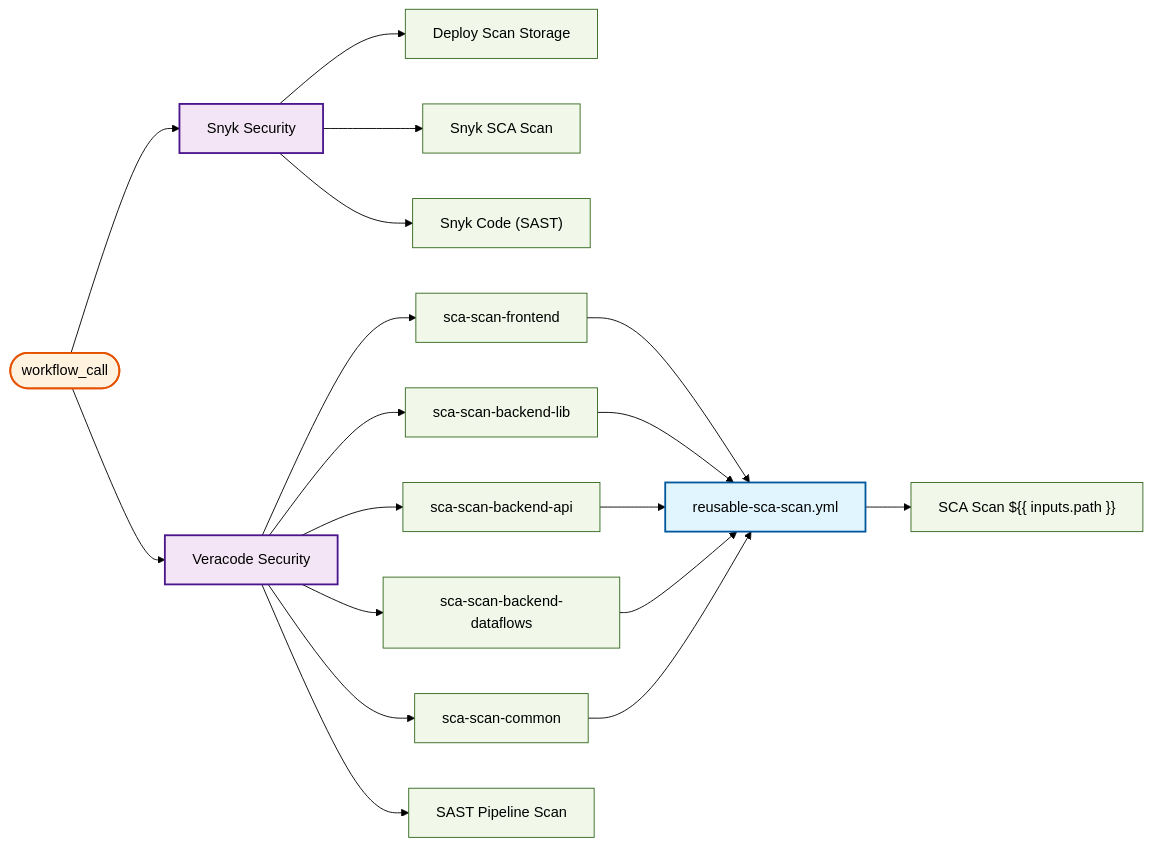
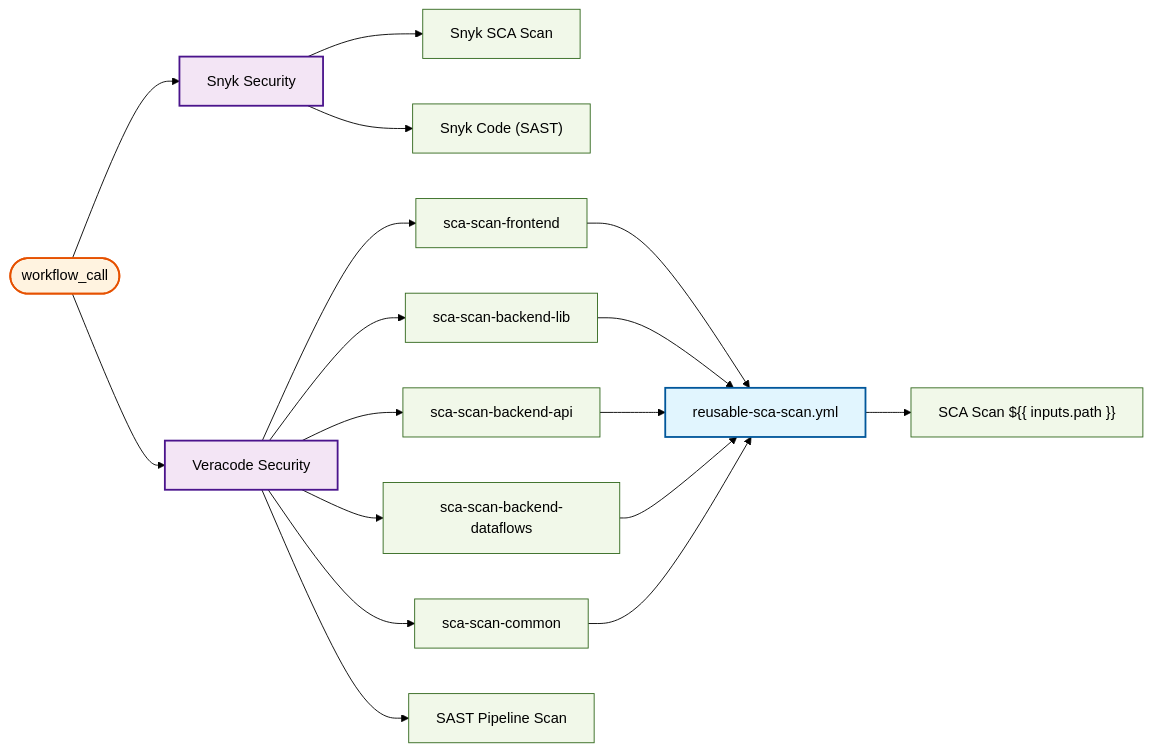
Before and after one commit to US-Trustee-Program/Bankruptcy-Oversight-Support-Systems: the tenth of 23 diagrams in docs/operations/workflow-diagram.md, drawn with Mermaid (forest theme). The commit also changed other lines of this file and 2 other files, not shown here.

First line of the commit message:
Extract storage deploy to standalone workflow

````diff
--- a/docs/operations/workflow-diagram.md
+++ b/docs/operations/workflow-diagram.md
@@ -583,55 +580,52 @@
 ```mermaid
 flowchart LR
     trigger_workflow_call(["workflow_call"])
     sub_snyk_security_scan_yml["Snyk Security"]
-    sub_snyk_security_scan_yml_deploy_storage["Deploy Scan Storage"]
     sub_snyk_security_scan_yml_snyk_sca["Snyk SCA Scan"]
     sub_snyk_security_scan_yml_snyk_sast["Snyk Code (SAST)"]
     sub_security_scan_yml["Veracode Security"]
     sub_security_scan_yml_sca_scan_frontend["sca-scan-frontend"]
     reusable_sca_scan_yml["reusable-sca-scan.yml"]
     reusable_sca_scan_yml_sca_scan["SCA Scan ${{ inputs.path }}"]
     sub_security_scan_yml_sca_scan_backend_lib["sca-scan-backend-lib"]
     sub_security_scan_yml_sca_scan_backend_api["sca-scan-backend-api"]
     sub_security_scan_yml_sca_scan_backend_dataflows["sca-scan-backend-dataflows"]
     sub_security_scan_yml_sca_scan_common["sca-scan-common"]
     sub_security_scan_yml_sast_pipeline_scan["SAST Pipeline Scan"]
 
     trigger_workflow_call --> sub_snyk_security_scan_yml
-    sub_snyk_security_scan_yml --> sub_snyk_security_scan_yml_deploy_storage
     sub_snyk_security_scan_yml --> sub_snyk_security_scan_yml_snyk_sca
     sub_snyk_security_scan_yml --> sub_snyk_security_scan_yml_snyk_sast
     trigger_workflow_call --> sub_security_scan_yml
     sub_security_scan_yml --> sub_security_scan_yml_sca_scan_frontend
     reusable_sca_scan_yml --> reusable_sca_scan_yml_sca_scan
     sub_security_scan_yml_sca_scan_frontend --> reusable_sca_scan_yml
     sub_security_scan_yml --> sub_security_scan_yml_sca_scan_backend_lib
     sub_security_scan_yml_sca_scan_backend_lib --> reusable_sca_scan_yml
     sub_security_scan_yml --> sub_security_scan_yml_sca_scan_backend_api
     sub_security_scan_yml_sca_scan_backend_api --> reusable_sca_scan_yml
     sub_security_scan_yml --> sub_security_scan_yml_sca_scan_backend_dataflows
     sub_security_scan_yml_sca_scan_backend_dataflows --> reusable_sca_scan_yml
     sub_security_scan_yml --> sub_security_scan_yml_sca_scan_common
     sub_security_scan_yml_sca_scan_common --> reusable_sca_scan_yml
     sub_security_scan_yml --> sub_security_scan_yml_sast_pipeline_scan
 
     classDef reusable fill:#e1f5fe,stroke:#01579b,stroke-width:2px,color:#000000
     classDef mainWorkflow fill:#f3e5f5,stroke:#4a148c,stroke-width:2px,color:#000000
     classDef trigger fill:#fff3e0,stroke:#e65100,stroke-width:2px,color:#000000
     classDef job fill:#f1f8e9,stroke:#33691e,stroke-width:1px,color:#000000
 
     class trigger_workflow_call trigger
     class sub_snyk_security_scan_yml mainWorkflow
-    class sub_snyk_security_scan_yml_deploy_storage job
     class sub_snyk_security_scan_yml_snyk_sca job
     class sub_snyk_security_scan_yml_snyk_sast job
     class sub_security_scan_yml mainWorkflow
     class sub_security_scan_yml_sca_scan_frontend job
     class reusable_sca_scan_yml reusable
     class reusable_sca_scan_yml_sca_scan job
     class sub_security_scan_yml_sca_scan_backend_lib job
     class sub_security_scan_yml_sca_scan_backend_api job
     class sub_security_scan_yml_sca_scan_backend_dataflows job
     class sub_security_scan_yml_sca_scan_common job
     class sub_security_scan_yml_sast_pipeline_scan job
 ```
````
